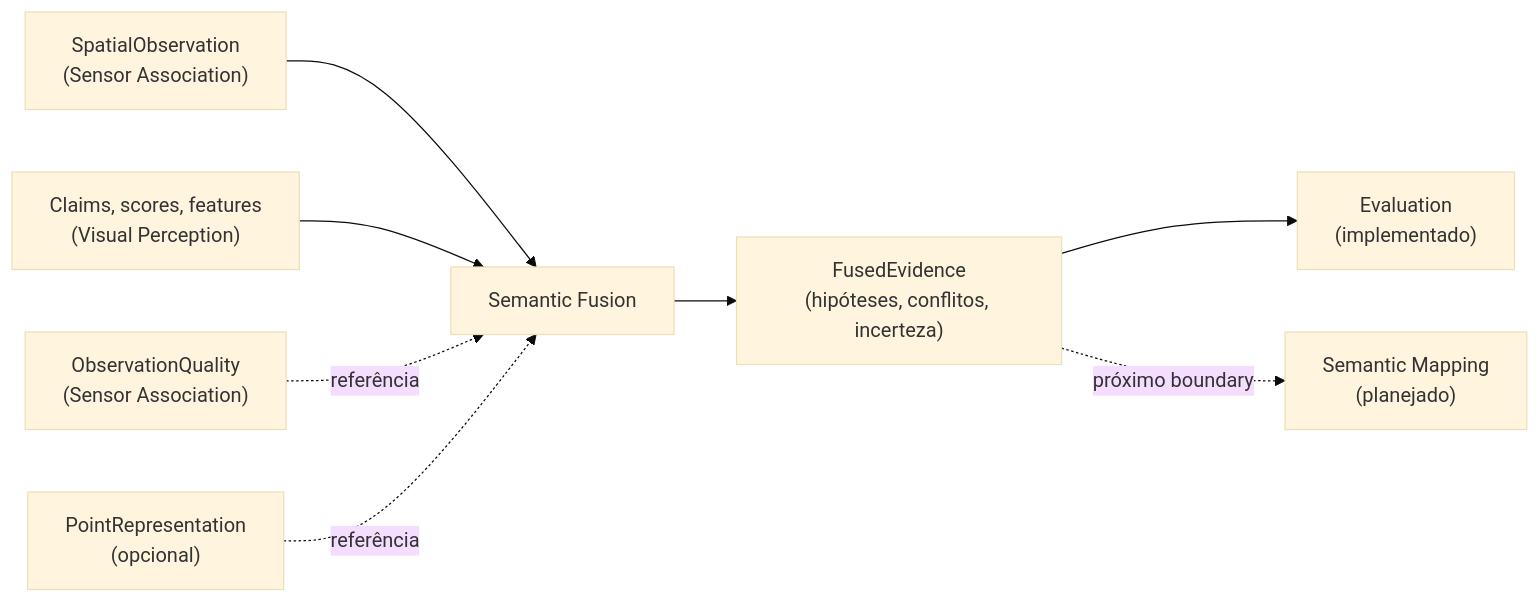
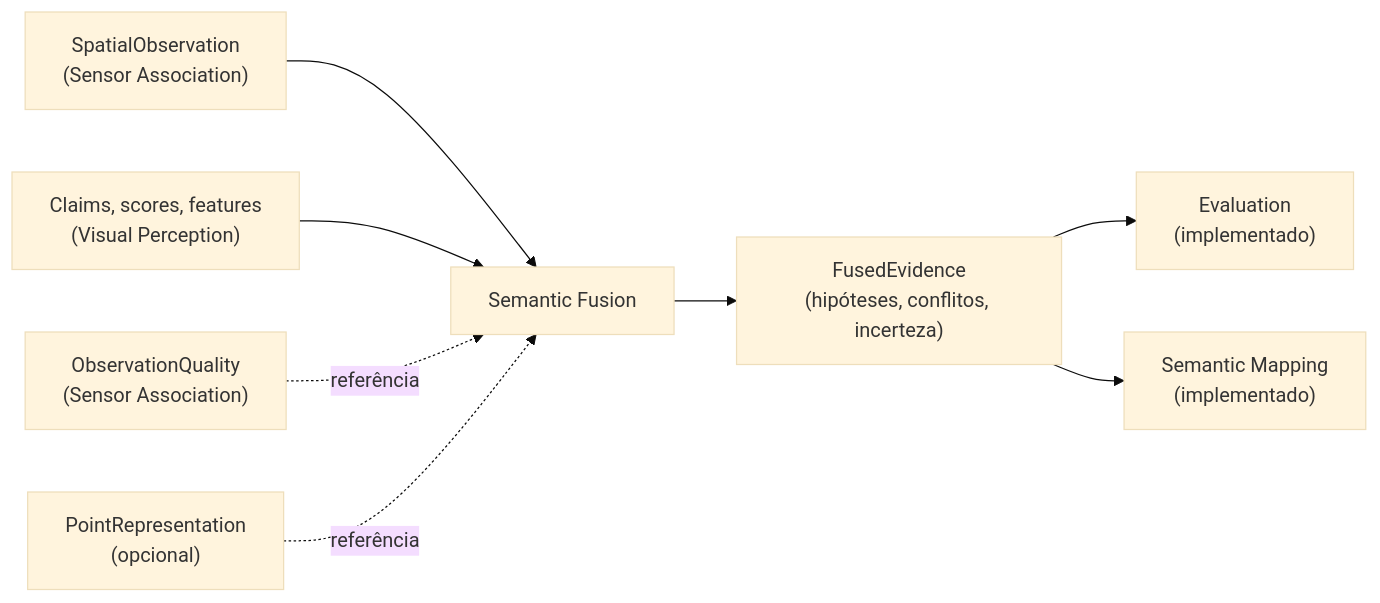
The diagram in src/contextmap/semantic_fusion/docs/README.md (Alexandre-Tortoza/contextmap2), drawn with Mermaid (base theme) before and after one commit. The commit also changed other lines of this file and 4 other files, not shown here.

````diff
--- a/src/contextmap/semantic_fusion/docs/README.md
+++ b/src/contextmap/semantic_fusion/docs/README.md
@@ -7,10 +7,10 @@
 ```mermaid
 flowchart LR
     SO["SpatialObservation<br/>(Sensor Association)"] --> SF["Semantic Fusion"]
     PERC["Claims, scores, features<br/>(Visual Perception)"] --> SF
     Q["ObservationQuality<br/>(Sensor Association)"] -. referência .-> SF
     PR["PointRepresentation<br/>(opcional)"] -. referência .-> SF
     SF --> FE["FusedEvidence<br/>(hipóteses, conflitos, incerteza)"]
     FE --> EVAL["Evaluation<br/>(implementado)"]
-    FE -. próximo boundary .-> DOWN["Semantic Mapping<br/>(planejado)"]
+    FE --> DOWN["Semantic Mapping<br/>(implementado)"]
 ```
````
